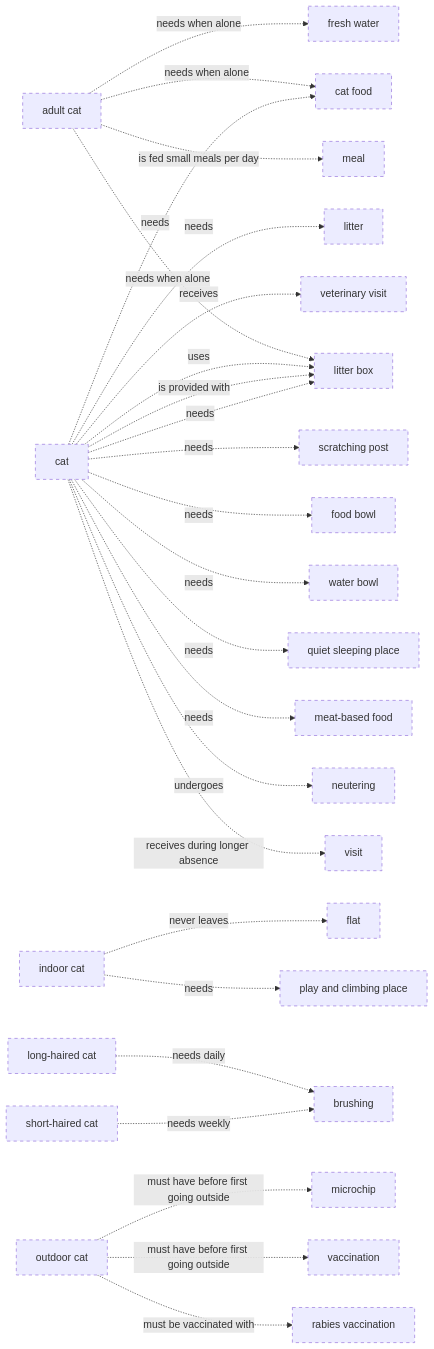
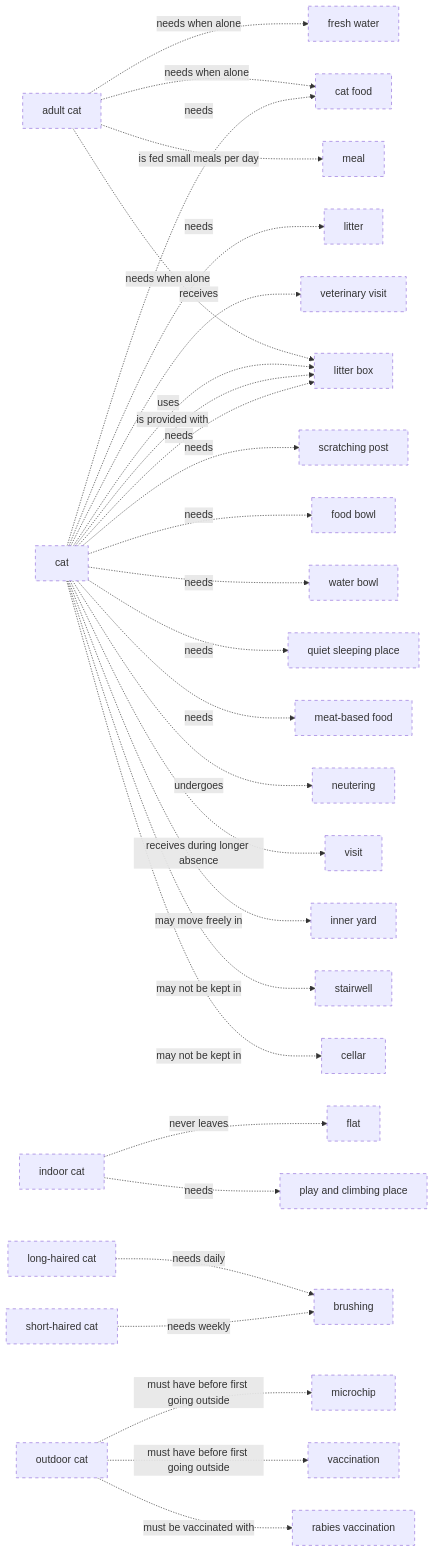
Before and after one commit to belaboros/DomainAiAssistant: diagram 19 of 58 in data/ontology-pets-and-house-rules/03_release/00_raw/level-2.md, drawn with Mermaid. The commit also changed other lines of this file and 327 other files, not shown here.

````diff
--- a/data/ontology-pets-and-house-rules/03_release/00_raw/level-2.md
+++ b/data/ontology-pets-and-house-rules/03_release/00_raw/level-2.md
@@ -243,54 +342,60 @@
 ```mermaid
 flowchart LR
     classDef draft stroke-dasharray: 5 5
     cn_01M82ASKHG81R2G0W9373Z4V8D["adult cat"]
     cn_01M82AEQW4JVCNX0WEDNNR61W1["brushing"]
     cn_01M82AQDR2NPZDR8C737517K86["cat"]
     cn_01M82AQDR2NPZDR8C737517K88["cat food"]
+    cn_01M82B441FVKK345F8CJ12SYK2["cellar"]
     cn_01M82ACZDNRYXG7FZCA8KC7FD5["flat"]
     cn_01M82ARW4GRHWZH2QAVQ4Z6C2V["food bowl"]
     cn_01M82ADJQKNCFSCKCDMA3H0R89["fresh water"]
     cn_01M82AR3FZSQYQ8M2V93VDTTRF["indoor cat"]
+    cn_01M82B0RVQB8E3F7FG9YPD26JC["inner yard"]
     cn_01M82AQDR2NPZDR8C737517K89["litter"]
     cn_01M82ARW4GRHWZH2QAVQ4Z6C2S["litter box"]
     cn_01M82AWHXAYC5J29RJ6Y82HD3Z["long-haired cat"]
     cn_01M82ASKHG81R2G0W9373Z4V8G["meal"]
     cn_01M82ASKHG81R2G0W9373Z4V8H["meat-based food"]
     cn_01M82AC66KMJH32E2MQ3Z7ZBKT["microchip"]
     cn_01M82AT58GVN9GHPNG420CQGDG["neutering"]
     cn_01M82AR3FZSQYQ8M2V93VDTTRG["outdoor cat"]
     cn_01M82AR3FZSQYQ8M2V93VDTTRJ["play and climbing place"]
     cn_01M82ARW4GRHWZH2QAVQ4Z6C2X["quiet sleeping place"]
     cn_01M82AE56ZYS5Y2Z0C35ECC9YA["rabies vaccination"]
     cn_01M82ARW4GRHWZH2QAVQ4Z6C2T["scratching post"]
     cn_01M82AWHXAYC5J29RJ6Y82HD3Y["short-haired cat"]
+    cn_01M82B3MD8NCJFJC9394MZ8MQR["stairwell"]
     cn_01M82AE56ZYS5Y2Z0C35ECC9Y9["vaccination"]
     cn_01M82AQDR2NPZDR8C737517K8A["veterinary visit"]
     cn_01M82AX2AYWV44F1MEHFVJNNFZ["visit"]
     cn_01M82ARW4GRHWZH2QAVQ4Z6C2W["water bowl"]
     cn_01M82AQDR2NPZDR8C737517K86 -. "needs" .-> cn_01M82AQDR2NPZDR8C737517K88
     cn_01M82AQDR2NPZDR8C737517K86 -. "needs" .-> cn_01M82AQDR2NPZDR8C737517K89
     cn_01M82AQDR2NPZDR8C737517K86 -. "receives" .-> cn_01M82AQDR2NPZDR8C737517K8A
     cn_01M82AQDR2NPZDR8C737517K86 -. "needs" .-> cn_01M82ARW4GRHWZH2QAVQ4Z6C2S
     cn_01M82AQDR2NPZDR8C737517K86 -. "is provided with" .-> cn_01M82ARW4GRHWZH2QAVQ4Z6C2S
     cn_01M82AQDR2NPZDR8C737517K86 -. "uses" .-> cn_01M82ARW4GRHWZH2QAVQ4Z6C2S
     cn_01M82AQDR2NPZDR8C737517K86 -. "needs" .-> cn_01M82ARW4GRHWZH2QAVQ4Z6C2T
     cn_01M82AQDR2NPZDR8C737517K86 -. "needs" .-> cn_01M82ARW4GRHWZH2QAVQ4Z6C2V
     cn_01M82AQDR2NPZDR8C737517K86 -. "needs" .-> cn_01M82ARW4GRHWZH2QAVQ4Z6C2W
     cn_01M82AQDR2NPZDR8C737517K86 -. "needs" .-> cn_01M82ARW4GRHWZH2QAVQ4Z6C2X
     cn_01M82AQDR2NPZDR8C737517K86 -. "needs" .-> cn_01M82ASKHG81R2G0W9373Z4V8H
     cn_01M82AQDR2NPZDR8C737517K86 -. "undergoes" .-> cn_01M82AT58GVN9GHPNG420CQGDG
     cn_01M82AQDR2NPZDR8C737517K86 -. "receives during longer absence" .-> cn_01M82AX2AYWV44F1MEHFVJNNFZ
+    cn_01M82AQDR2NPZDR8C737517K86 -. "may move freely in" .-> cn_01M82B0RVQB8E3F7FG9YPD26JC
+    cn_01M82AQDR2NPZDR8C737517K86 -. "may not be kept in" .-> cn_01M82B3MD8NCJFJC9394MZ8MQR
+    cn_01M82AQDR2NPZDR8C737517K86 -. "may not be kept in" .-> cn_01M82B441FVKK345F8CJ12SYK2
     cn_01M82AR3FZSQYQ8M2V93VDTTRF -. "never leaves" .-> cn_01M82ACZDNRYXG7FZCA8KC7FD5
     cn_01M82AR3FZSQYQ8M2V93VDTTRF -. "needs" .-> cn_01M82AR3FZSQYQ8M2V93VDTTRJ
     cn_01M82AR3FZSQYQ8M2V93VDTTRG -. "must have before first going outside" .-> cn_01M82AC66KMJH32E2MQ3Z7ZBKT
     cn_01M82AR3FZSQYQ8M2V93VDTTRG -. "must have before first going outside" .-> cn_01M82AE56ZYS5Y2Z0C35ECC9Y9
     cn_01M82AR3FZSQYQ8M2V93VDTTRG -. "must be vaccinated with" .-> cn_01M82AE56ZYS5Y2Z0C35ECC9YA
     cn_01M82ASKHG81R2G0W9373Z4V8D -. "needs when alone" .-> cn_01M82ADJQKNCFSCKCDMA3H0R89
     cn_01M82ASKHG81R2G0W9373Z4V8D -. "needs when alone" .-> cn_01M82AQDR2NPZDR8C737517K88
     cn_01M82ASKHG81R2G0W9373Z4V8D -. "needs when alone" .-> cn_01M82ARW4GRHWZH2QAVQ4Z6C2S
     cn_01M82ASKHG81R2G0W9373Z4V8D -. "is fed small meals per day" .-> cn_01M82ASKHG81R2G0W9373Z4V8G
     cn_01M82AWHXAYC5J29RJ6Y82HD3Y -. "needs weekly" .-> cn_01M82AEQW4JVCNX0WEDNNR61W1
     cn_01M82AWHXAYC5J29RJ6Y82HD3Z -. "needs daily" .-> cn_01M82AEQW4JVCNX0WEDNNR61W1
-    class cn_01M82ASKHG81R2G0W9373Z4V8D,cn_01M82AEQW4JVCNX0WEDNNR61W1,cn_01M82AQDR2NPZDR8C737517K86,cn_01M82AQDR2NPZDR8C737517K88,cn_01M82ACZDNRYXG7FZCA8KC7FD5,cn_01M82ARW4GRHWZH2QAVQ4Z6C2V,cn_01M82ADJQKNCFSCKCDMA3H0R89,cn_01M82AR3FZSQYQ8M2V93VDTTRF,cn_01M82AQDR2NPZDR8C737517K89,cn_01M82ARW4GRHWZH2QAVQ4Z6C2S,cn_01M82AWHXAYC5J29RJ6Y82HD3Z,cn_01M82ASKHG81R2G0W9373Z4V8G,cn_01M82ASKHG81R2G0W9373Z4V8H,cn_01M82AC66KMJH32E2MQ3Z7ZBKT,cn_01M82AT58GVN9GHPNG420CQGDG,cn_01M82AR3FZSQYQ8M2V93VDTTRG,cn_01M82AR3FZSQYQ8M2V93VDTTRJ,cn_01M82ARW4GRHWZH2QAVQ4Z6C2X,cn_01M82AE56ZYS5Y2Z0C35ECC9YA,cn_01M82ARW4GRHWZH2QAVQ4Z6C2T,cn_01M82AWHXAYC5J29RJ6Y82HD3Y,cn_01M82AE56ZYS5Y2Z0C35ECC9Y9,cn_01M82AQDR2NPZDR8C737517K8A,cn_01M82AX2AYWV44F1MEHFVJNNFZ,cn_01M82ARW4GRHWZH2QAVQ4Z6C2W draft
+    class cn_01M82ASKHG81R2G0W9373Z4V8D,cn_01M82AEQW4JVCNX0WEDNNR61W1,cn_01M82AQDR2NPZDR8C737517K86,cn_01M82AQDR2NPZDR8C737517K88,cn_01M82B441FVKK345F8CJ12SYK2,cn_01M82ACZDNRYXG7FZCA8KC7FD5,cn_01M82ARW4GRHWZH2QAVQ4Z6C2V,cn_01M82ADJQKNCFSCKCDMA3H0R89,cn_01M82AR3FZSQYQ8M2V93VDTTRF,cn_01M82B0RVQB8E3F7FG9YPD26JC,cn_01M82AQDR2NPZDR8C737517K89,cn_01M82ARW4GRHWZH2QAVQ4Z6C2S,cn_01M82AWHXAYC5J29RJ6Y82HD3Z,cn_01M82ASKHG81R2G0W9373Z4V8G,cn_01M82ASKHG81R2G0W9373Z4V8H,cn_01M82AC66KMJH32E2MQ3Z7ZBKT,cn_01M82AT58GVN9GHPNG420CQGDG,cn_01M82AR3FZSQYQ8M2V93VDTTRG,cn_01M82AR3FZSQYQ8M2V93VDTTRJ,cn_01M82ARW4GRHWZH2QAVQ4Z6C2X,cn_01M82AE56ZYS5Y2Z0C35ECC9YA,cn_01M82ARW4GRHWZH2QAVQ4Z6C2T,cn_01M82AWHXAYC5J29RJ6Y82HD3Y,cn_01M82B3MD8NCJFJC9394MZ8MQR,cn_01M82AE56ZYS5Y2Z0C35ECC9Y9,cn_01M82AQDR2NPZDR8C737517K8A,cn_01M82AX2AYWV44F1MEHFVJNNFZ,cn_01M82ARW4GRHWZH2QAVQ4Z6C2W draft
 ```
````
